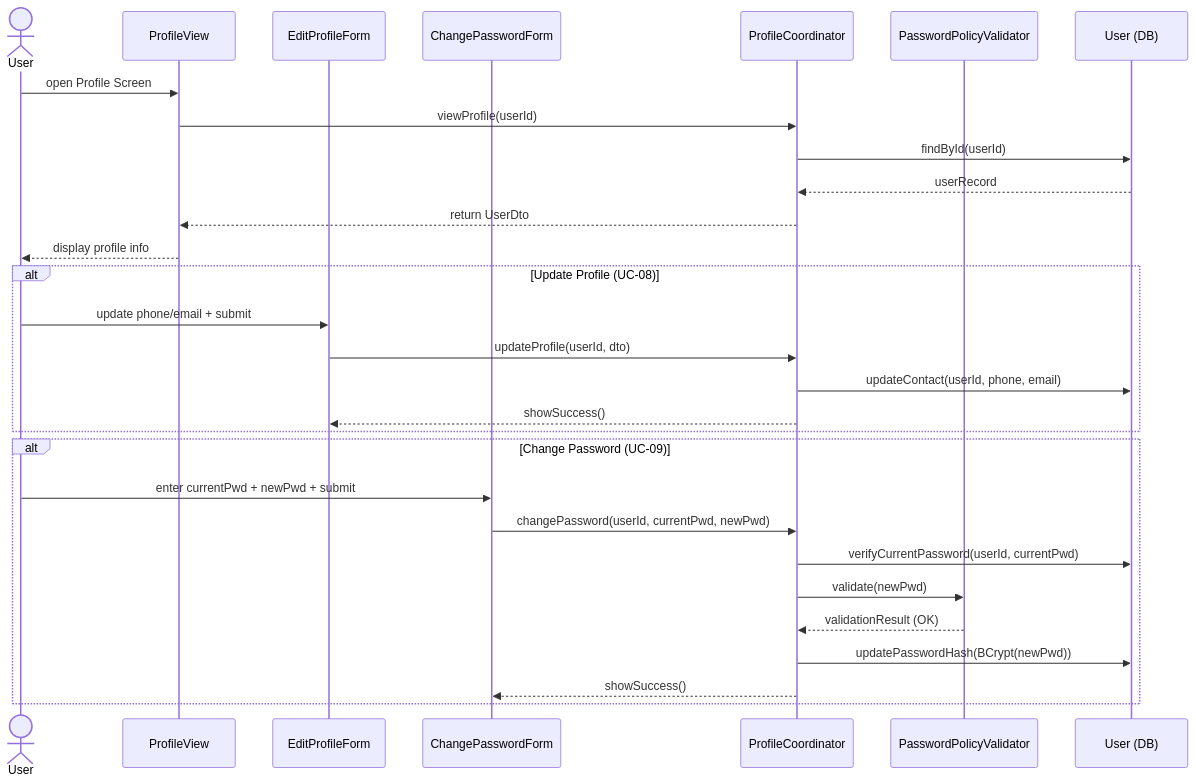
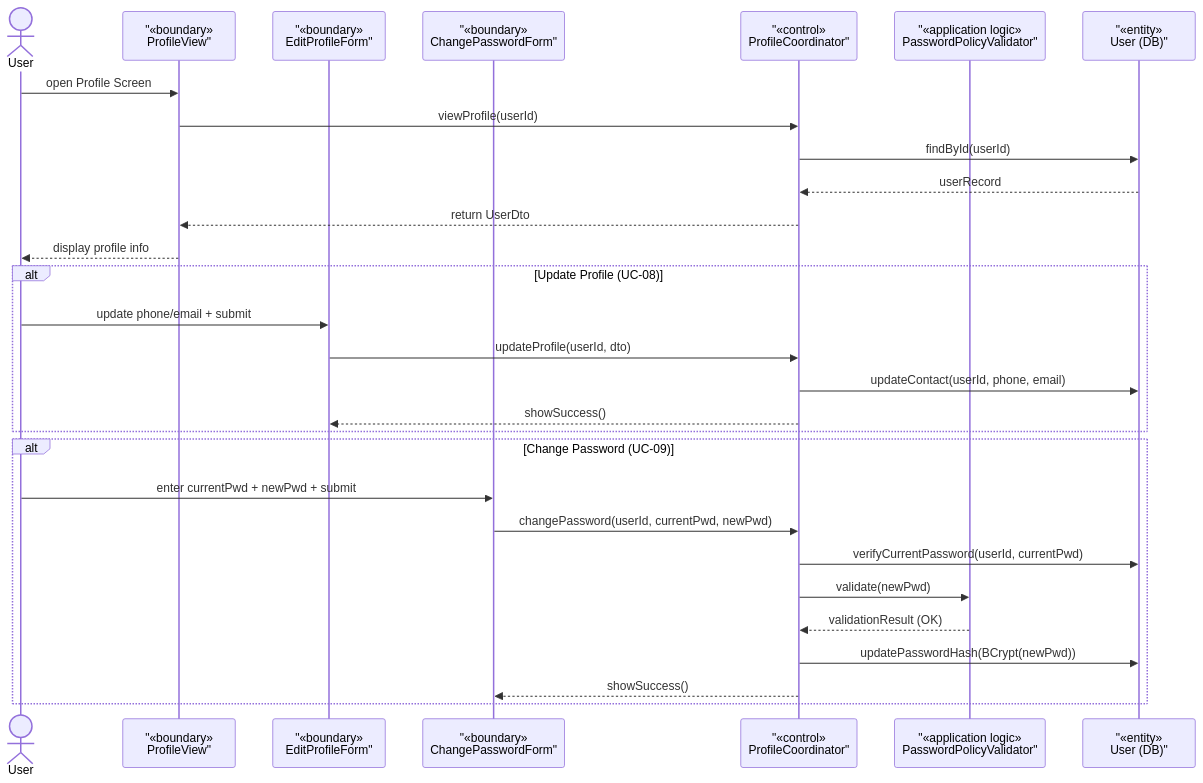
The fifth of 6 diagrams in rds_sections/04_detailed_3_1_system_access_security.md (Shaichi/Khoga_coffe_shop), drawn with Mermaid before and after one commit. The commit also changed other lines of this file and 13 other files, not shown here.

Commit message:
docs(rds): Update User entity fields and change Decimal to BigDecimal

````diff
--- a/rds_sections/04_detailed_3_1_system_access_security.md
+++ b/rds_sections/04_detailed_3_1_system_access_security.md
@@ -243,34 +246,34 @@
 ```mermaid
 sequenceDiagram
     actor User
-    participant ProfileView
-    participant EditProfileForm
-    participant ChangePassForm as ChangePasswordForm
-    participant ProfileCoordinator
-    participant Validator as PasswordPolicyValidator
-    participant UserDB as User (DB)
+participant ProfileView as "«boundary»<br/>ProfileView"
+participant EditProfileForm as "«boundary»<br/>EditProfileForm"
+participant ChangePassForm as "«boundary»<br/>ChangePasswordForm"
+participant ProfileCoordinator as "«control»<br/>ProfileCoordinator"
+participant Validator as "«application logic»<br/>PasswordPolicyValidator"
+participant UserDB as "«entity»<br/>User (DB)"
 
     User->>ProfileView: open Profile Screen
     ProfileView->>ProfileCoordinator: viewProfile(userId)
     ProfileCoordinator->>UserDB: findById(userId)
     UserDB-->>ProfileCoordinator: userRecord
     ProfileCoordinator-->>ProfileView: return UserDto
     ProfileView-->>User: display profile info
 
     alt Update Profile (UC-08)
         User->>EditProfileForm: update phone/email + submit
         EditProfileForm->>ProfileCoordinator: updateProfile(userId, dto)
         ProfileCoordinator->>UserDB: updateContact(userId, phone, email)
         ProfileCoordinator-->>EditProfileForm: showSuccess()
     end
 
     alt Change Password (UC-09)
         User->>ChangePassForm: enter currentPwd + newPwd + submit
         ChangePassForm->>ProfileCoordinator: changePassword(userId, currentPwd, newPwd)
         ProfileCoordinator->>UserDB: verifyCurrentPassword(userId, currentPwd)
         ProfileCoordinator->>Validator: validate(newPwd)
         Validator-->>ProfileCoordinator: validationResult (OK)
         ProfileCoordinator->>UserDB: updatePasswordHash(BCrypt(newPwd))
         ProfileCoordinator-->>ChangePassForm: showSuccess()
     end
 ```
````
